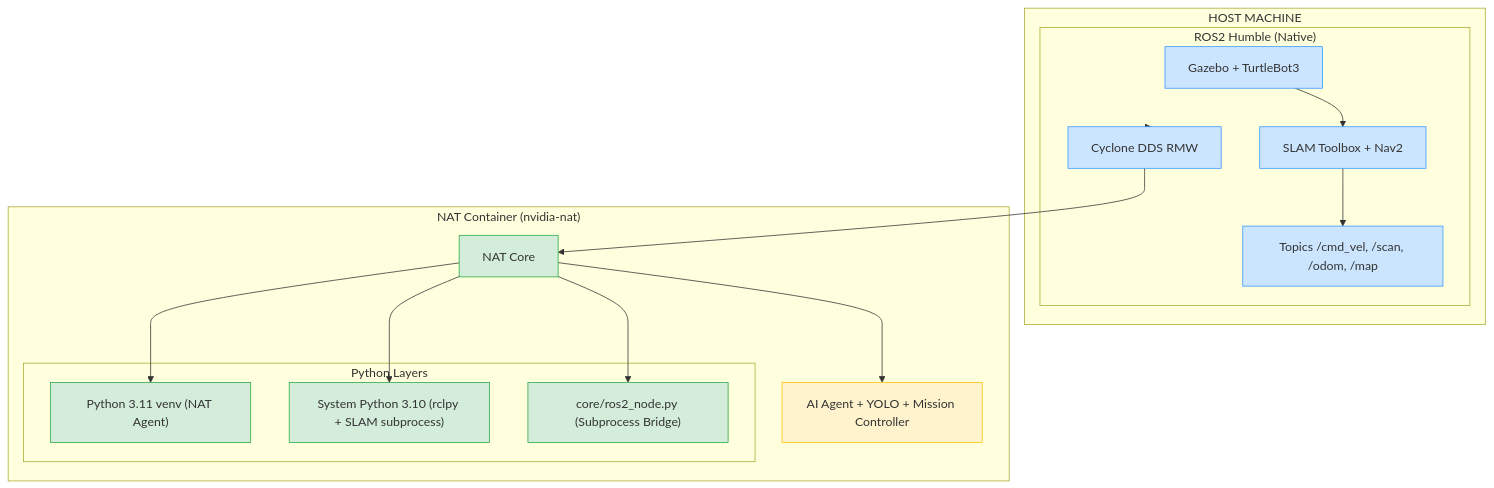
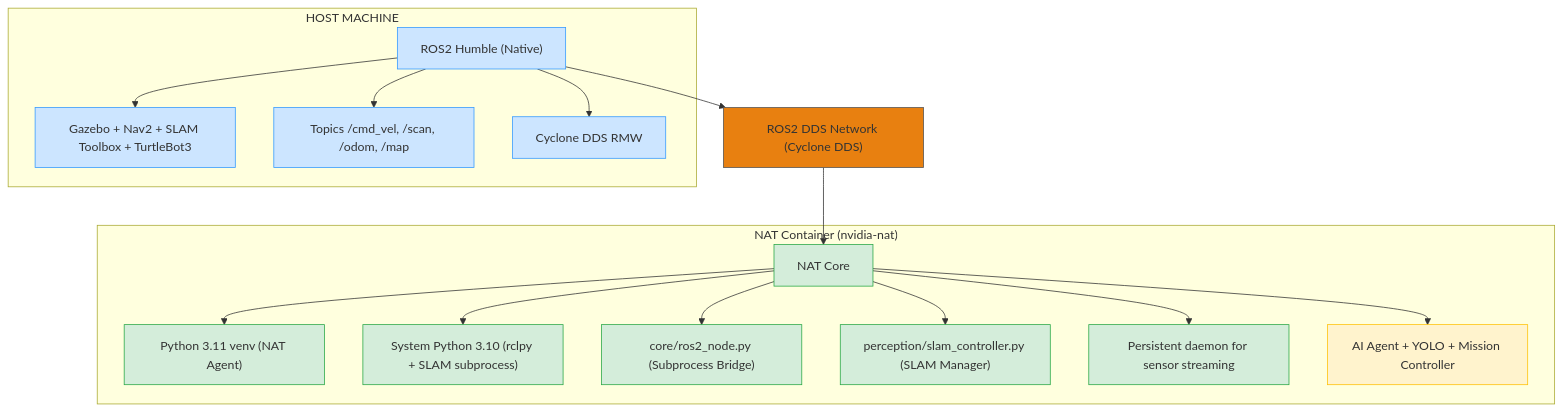
Before and after one commit to jerrynguy/final-project: the third of 3 diagrams in README.md, drawn with Mermaid.

Commit message:
update code

````diff
--- a/README.md
+++ b/README.md
@@ -213,42 +213,38 @@
 ```mermaid
 flowchart TD
-%% Class definitions
+%% Class definitions for colors
 classDef ros2 fill:#cce5ff,stroke:#3399ff,stroke-width:1px,color:#333;
 classDef nat fill:#d4edda,stroke:#28a745,stroke-width:1px,color:#333;
 classDef ai fill:#fff3cd,stroke:#ffc107,stroke-width:1px,color:#333;
 classDef edge fill:#e88010,stroke:#555,stroke-width:1px,color:#333;
 
-%% Host Machine
+%% Subgraph Host Machine
 subgraph Host["HOST MACHINE"]
-    subgraph ROS2Stack["ROS2 Humble (Native)"]
-        Gazebo["Gazebo + TurtleBot3"]
-        SLAM["SLAM Toolbox + Nav2"]
-        Topics["Topics /cmd_vel, /scan, /odom, /map"]
-        DDS["Cyclone DDS RMW"]
-    end
+    ROS2Node["ROS2 Humble (Native)"]
+    class ROS2Node ros2
+    ROS2Node --> A1["Gazebo + Nav2 + SLAM Toolbox + TurtleBot3"]
+    ROS2Node --> A2["Topics /cmd_vel, /scan, /odom, /map"]
+    ROS2Node --> A3["Cyclone DDS RMW"]
+    class A1,A2,A3 ros2
 end
-class ROS2Stack,Gazebo,SLAM,Topics,DDS ros2
 
-%% NAT Container
+%% Subgraph NAT Container
 subgraph NAT["NAT Container (nvidia-nat)"]
-    NATCore["NAT Core"]
-    subgraph PythonStack["Python Layers"]
-        Py311["Python 3.11 venv (NAT Agent)"]
-        Py310["System Python 3.10 (rclpy + SLAM subprocess)"]
-        Bridge["core/ros2_node.py (Subprocess Bridge)"]
-    end
-    AI["AI Agent + YOLO + Mission Controller"]
+    NATNode["NAT Core"]
+    class NATNode nat
+    NATNode --> B1["Python 3.11 venv (NAT Agent)"]
+    NATNode --> B2["System Python 3.10 (rclpy + SLAM subprocess)"]
+    NATNode --> B3["core/ros2_node.py (Subprocess Bridge)"]
+    NATNode --> B4["perception/slam_controller.py (SLAM Manager)"]
+    NATNode --> B5["Persistent daemon for sensor streaming"]
+    NATNode --> B6["AI Agent + YOLO + Mission Controller"]
+    class B1,B2,B3,B4,B5 nat
+    class B6 ai
 end
-class NATCore,Py311,Py310,Bridge nat
-class AI ai
 
-%% Connections
-Gazebo --> SLAM
-SLAM --> Topics
-ROS2Stack --> DDS
-DDS --> NATCore
-NATCore --> Py311
-NATCore --> Py310
-NATCore --> Bridge
-NATCore --> AI
+%% Edge with intermediate node for label
+DDS["ROS2 DDS Network (Cyclone DDS)"]
+class DDS ros2
+ROS2Node --> DDS --> NATNode
+class DDS edge
 ```
````
